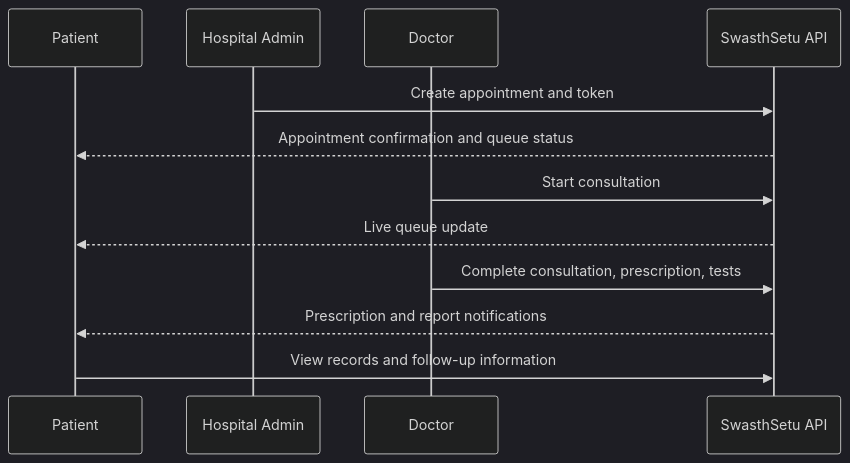
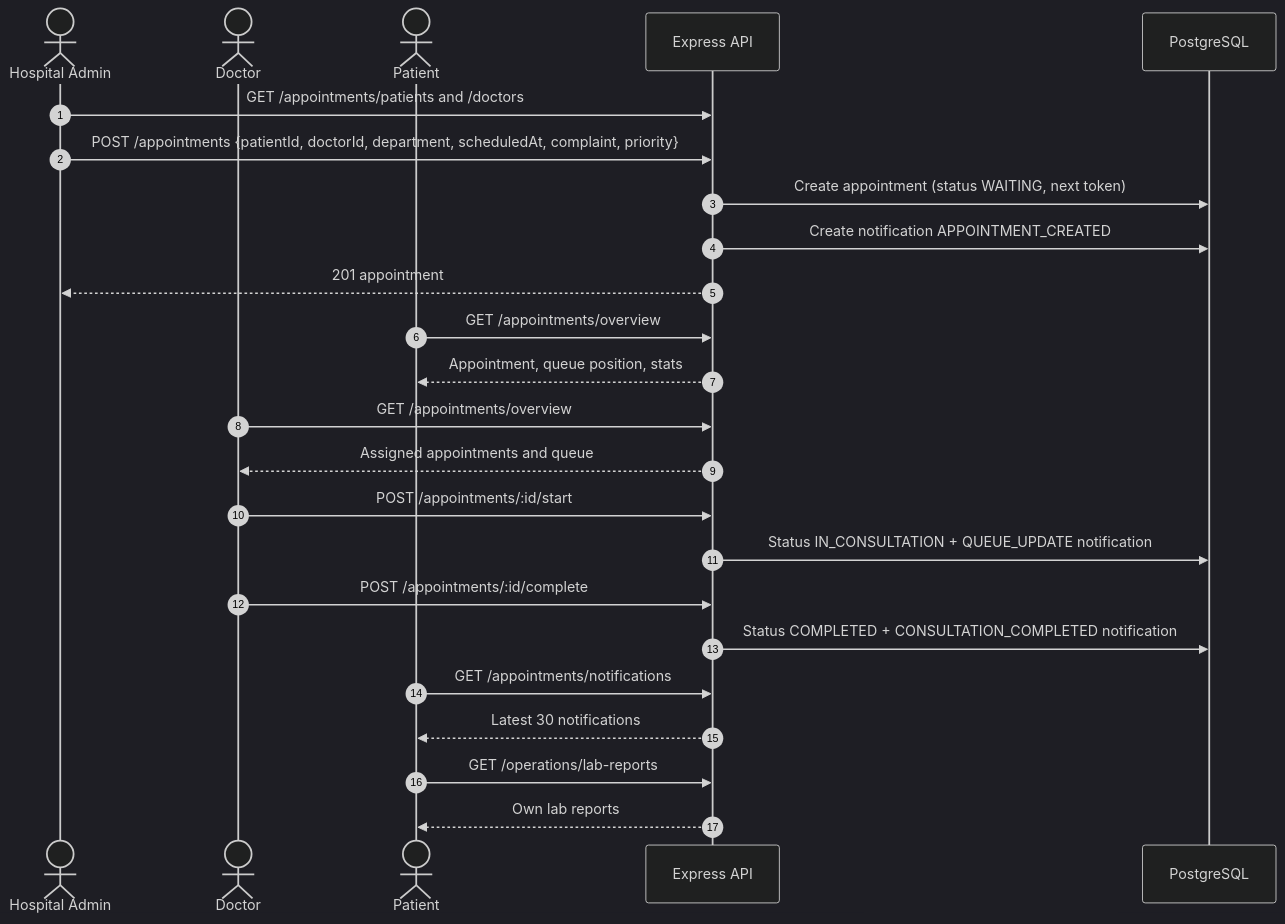
One commit to Harshitgupta0509/swasthsetu changed the seventh of 11 diagrams in README.md. Above: the diagram before and after it, drawn with Mermaid (dark theme). The commit also changed other lines of this file, not shown here.

First line of the commit message:
docs: rewrite README for the Express backend

````diff
--- a/README.md
+++ b/README.md
@@ -42,15 +305,30 @@
 ```mermaid
 sequenceDiagram
-    participant P as Patient
-    participant H as Hospital Admin
-    participant D as Doctor
-    participant S as SwasthSetu API
+    autonumber
+    actor H as Hospital Admin
+    actor D as Doctor
+    actor P as Patient
+    participant API as Express API
+    participant DB as PostgreSQL
 
-    H->>S: Create appointment and token
-    S-->>P: Appointment confirmation and queue status
-    D->>S: Start consultation
-    S-->>P: Live queue update
-    D->>S: Complete consultation, prescription, tests
-    S-->>P: Prescription and report notifications
-    P->>S: View records and follow-up information
+    H->>API: GET /appointments/patients and /doctors
+    H->>API: POST /appointments {patientId, doctorId, department, scheduledAt, complaint, priority}
+    API->>DB: Create appointment (status WAITING, next token)
+    API->>DB: Create notification APPOINTMENT_CREATED
+    API-->>H: 201 appointment
+
+    P->>API: GET /appointments/overview
+    API-->>P: Appointment, queue position, stats
+
+    D->>API: GET /appointments/overview
+    API-->>D: Assigned appointments and queue
+    D->>API: POST /appointments/:id/start
+    API->>DB: Status IN_CONSULTATION + QUEUE_UPDATE notification
+    D->>API: POST /appointments/:id/complete
+    API->>DB: Status COMPLETED + CONSULTATION_COMPLETED notification
+
+    P->>API: GET /appointments/notifications
+    API-->>P: Latest 30 notifications
+    P->>API: GET /operations/lab-reports
+    API-->>P: Own lab reports
 ```
````
